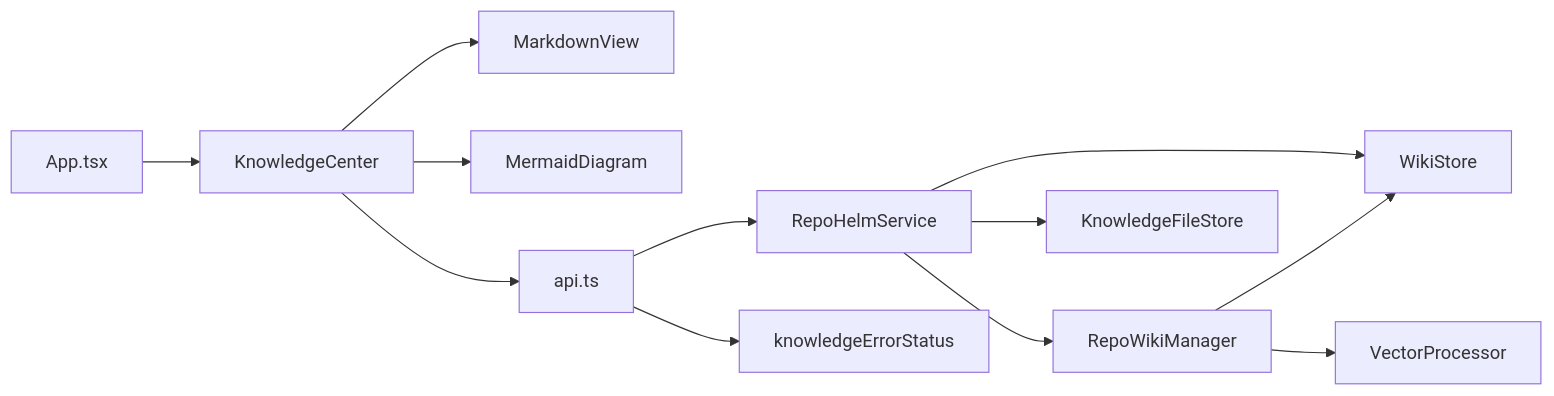
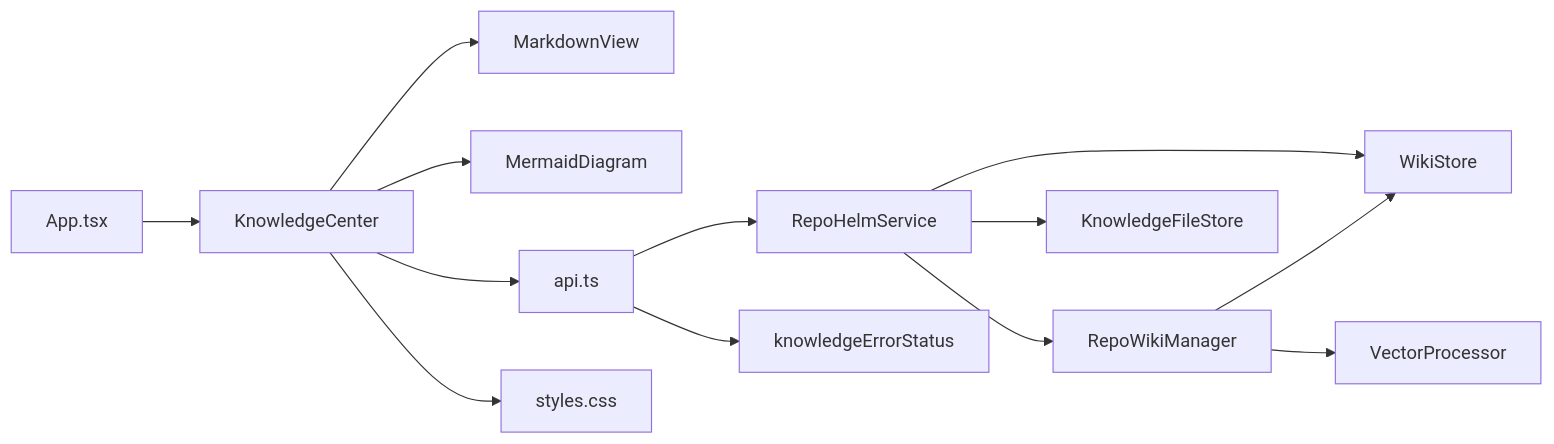
Before and after one commit to coconilu/RepoHelm: the eighth of 8 diagrams in .qoder/repowiki/zh/content/知识库系统.md, drawn with Mermaid. The commit also changed other lines of this file and 13 other files, not shown here.

````diff
--- a/.qoder/repowiki/zh/content/知识库系统.md
+++ b/.qoder/repowiki/zh/content/知识库系统.md
@@ -591,14 +627,15 @@
 ```mermaid
 graph LR
 KC["KnowledgeCenter"] --> MV["MarkdownView"]
 KC --> MD["MermaidDiagram"]
 KC --> API["api.ts"]
+KC --> CSS["styles.css"]
 APP["App.tsx"] --> KC
 Service["RepoHelmService"] --> RW["RepoWikiManager"]
 Service --> WS["WikiStore"]
 Service --> KF["KnowledgeFileStore"]
 RW --> WS
 RW --> VP["VectorProcessor"]
 API --> Service
 API --> ErrorHandler["knowledgeErrorStatus"]
 ```
````
